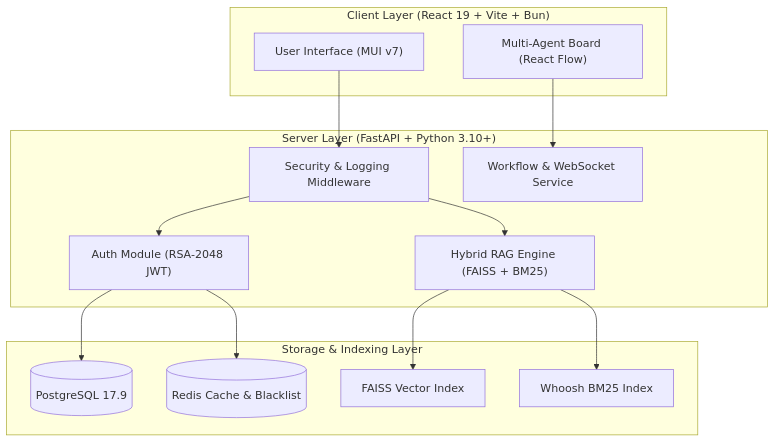
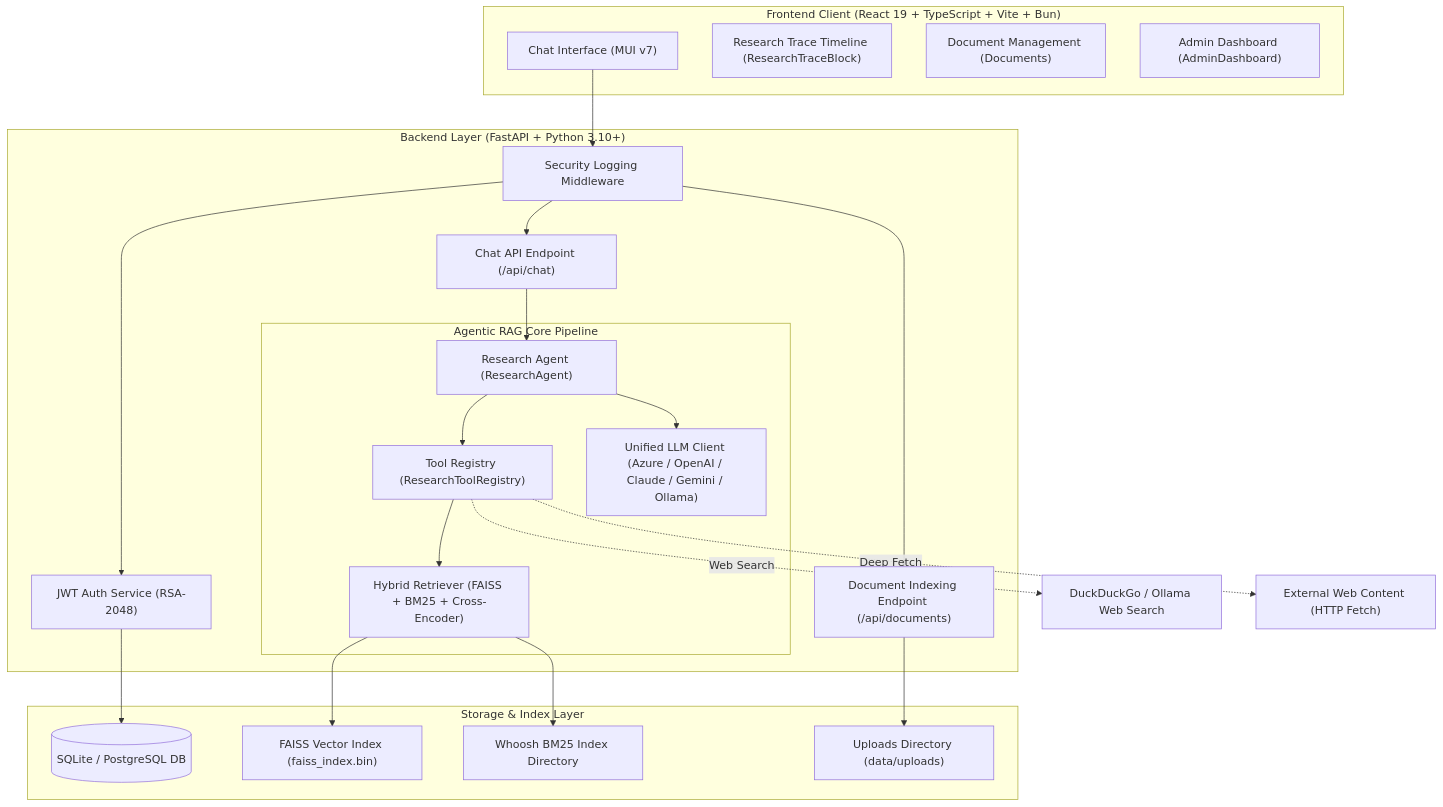
The diagram in README_en.md (Scorpio-meow/AI-CB), drawn with Mermaid before and after one commit. The commit also changed other lines of this file and 86 other files, not shown here.

First line of the commit message:
feat(rag): 實現 Agentic RAG 自主研究管線、推理程度選擇與架構輕量化

````diff
--- a/README_en.md
+++ b/README_en.md
@@ -109,30 +106,47 @@
 ```mermaid
 flowchart TB
-    subgraph Client ["Client Layer (React 19 + Vite + Bun)"]
-        UI["User Interface (MUI v7)"]
-        Board["Multi-Agent Board (React Flow)"]
+    subgraph Client ["Frontend Client (React 19 + TypeScript + Vite + Bun)"]
+        UI["Chat Interface (MUI v7)"]
+        TraceView["Research Trace Timeline (ResearchTraceBlock)"]
+        DocManage["Document Management (Documents)"]
+        AdminView["Admin Dashboard (AdminDashboard)"]
     end
 
-    subgraph Server ["Server Layer (FastAPI + Python 3.10+)"]
-        Middleware["Security & Logging Middleware"]
-        AuthModule["Auth Module (RSA-2048 JWT)"]
-        RAGModule["Hybrid RAG Engine (FAISS + BM25)"]
-        WorkflowModule["Workflow & WebSocket Service"]
+    subgraph Backend ["Backend Layer (FastAPI + Python 3.10+)"]
+        SecurityMW["Security Logging Middleware"]
+        AuthService["JWT Auth Service (RSA-2048)"]
+        ChatAPI["Chat API Endpoint (/api/chat)"]
+        DocAPI["Document Indexing Endpoint (/api/documents)"]
+        
+        subgraph AgenticRAG ["Agentic RAG Core Pipeline"]
+            Agent["Research Agent (ResearchAgent)"]
+            ToolRegistry["Tool Registry (ResearchToolRegistry)"]
+            HybridRetriever["Hybrid Retriever (FAISS + BM25 + Cross-Encoder)"]
+            LLMClient["Unified LLM Client (Azure / OpenAI / Claude / Gemini / Ollama)"]
+        end
     end
 
-    subgraph Storage ["Storage & Indexing Layer"]
-        DB[(PostgreSQL 17.9)]
-        RedisCache[(Redis Cache & Blacklist)]
-        FAISSIndex["FAISS Vector Index"]
-        BM25Index["Whoosh BM25 Index"]
+    subgraph Storage ["Storage & Index Layer"]
+        SQLiteDB[(SQLite / PostgreSQL DB)]
+        FAISSStore["FAISS Vector Index (faiss_index.bin)"]
+        BM25Store["Whoosh BM25 Index Directory"]
+        DocUploads["Uploads Directory (data/uploads)"]
     end
 
-    UI --> Middleware
-    Board --> WorkflowModule
-    Middleware --> AuthModule
-    Middleware --> RAGModule
-    AuthModule --> DB
-    AuthModule --> RedisCache
-    RAGModule --> FAISSIndex
-    RAGModule --> BM25Index
+    UI --> SecurityMW
+    SecurityMW --> ChatAPI
+    SecurityMW --> DocAPI
+    SecurityMW --> AuthService
+    
+    ChatAPI --> Agent
+    Agent --> ToolRegistry
+    ToolRegistry --> HybridRetriever
+    ToolRegistry -.-> |Web Search| DuckDuckGo["DuckDuckGo / Ollama Web Search"]
+    ToolRegistry -.-> |Deep Fetch| WebContent["External Web Content (HTTP Fetch)"]
+    
+    Agent --> LLMClient
+    HybridRetriever --> FAISSStore
+    HybridRetriever --> BM25Store
+    DocAPI --> DocUploads
+    AuthService --> SQLiteDB
 ```
````
